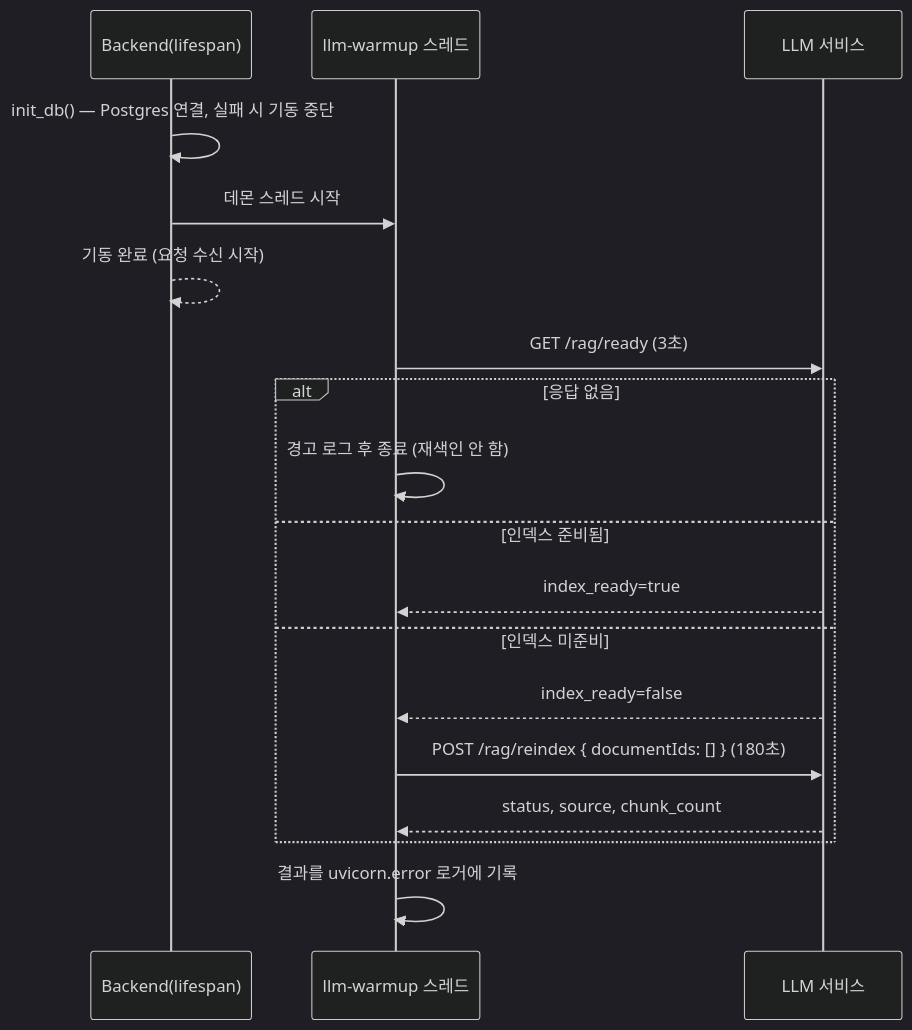
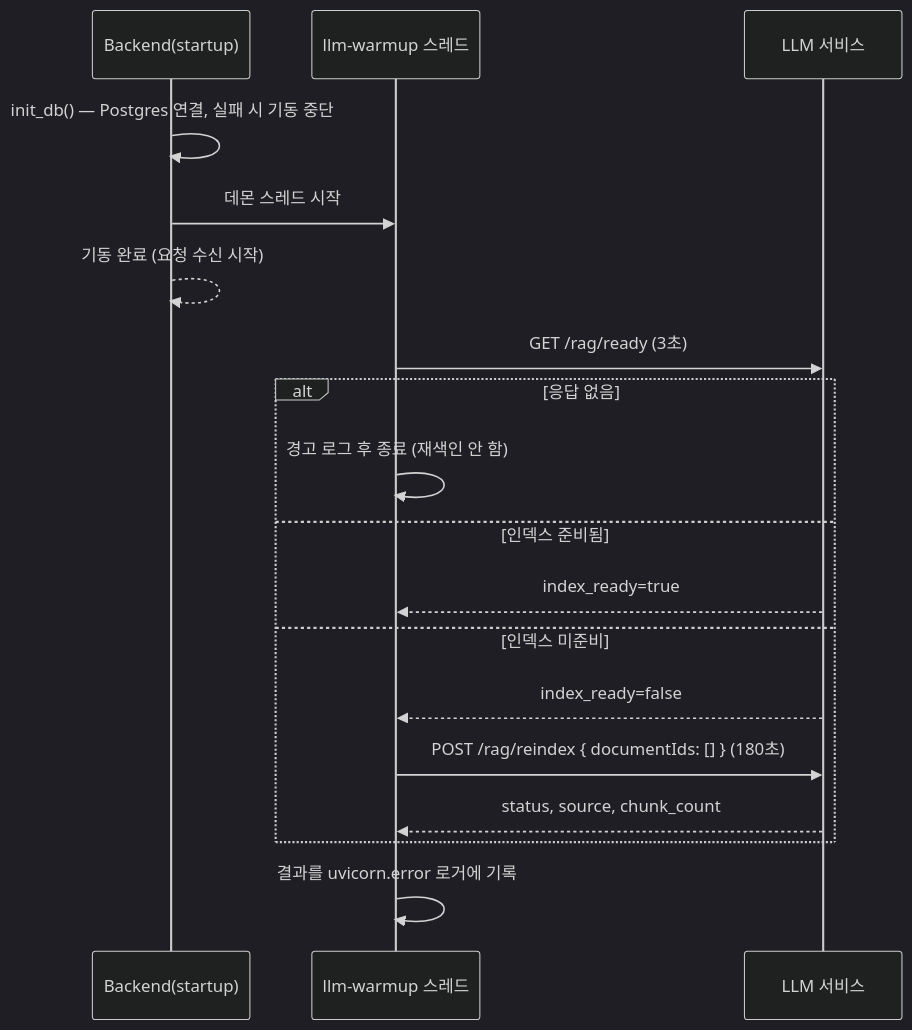
Before and after one commit to SKNETWORKS-FAMILY-AICAMP/SKN34-4th-3Team: the fourth of 4 diagrams in Docs/Design/SEQUENCE.md, drawn with Mermaid (dark theme). The commit also changed other lines of this file and 40 other files, not shown here.

````diff
--- a/Docs/Design/SEQUENCE.md
+++ b/Docs/Design/SEQUENCE.md
@@ -119,21 +119,21 @@
 ```mermaid
 sequenceDiagram
-    participant BE as Backend(lifespan)
+    participant BE as Backend(startup)
     participant WU as llm-warmup 스레드
     participant LLM as LLM 서비스
 
     BE->>BE: init_db() — Postgres 연결, 실패 시 기동 중단
     BE->>WU: 데몬 스레드 시작
     BE-->>BE: 기동 완료 (요청 수신 시작)
     WU->>LLM: GET /rag/ready (3초)
     alt 응답 없음
         WU->>WU: 경고 로그 후 종료 (재색인 안 함)
     else 인덱스 준비됨
         LLM-->>WU: index_ready=true
     else 인덱스 미준비
         LLM-->>WU: index_ready=false
         WU->>LLM: POST /rag/reindex { documentIds: [] } (180초)
         LLM-->>WU: status, source, chunk_count
     end
     WU->>WU: 결과를 uvicorn.error 로거에 기록
 ```
````
